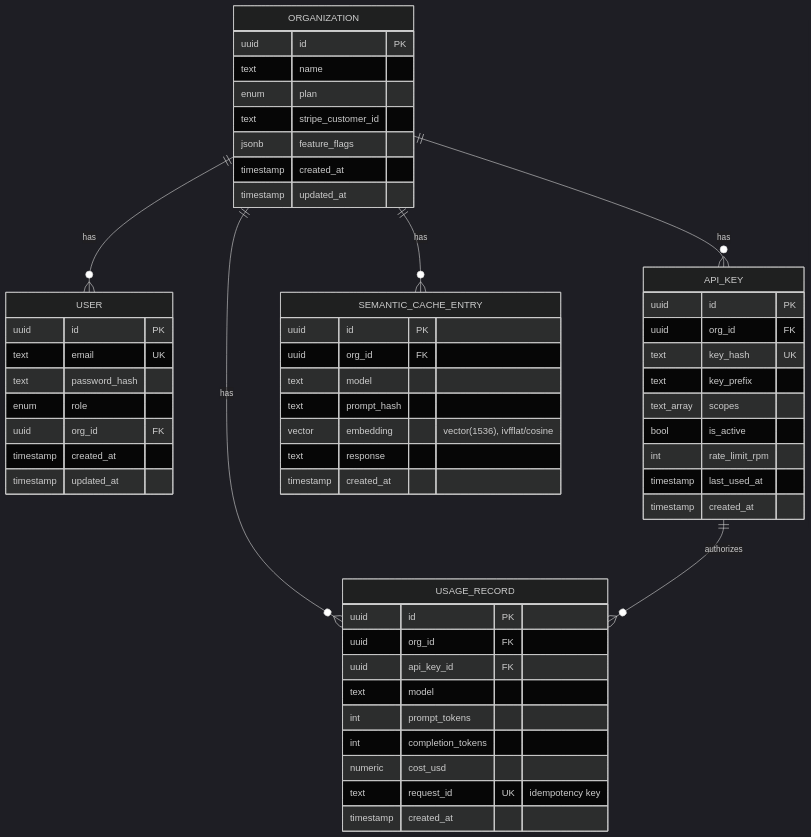
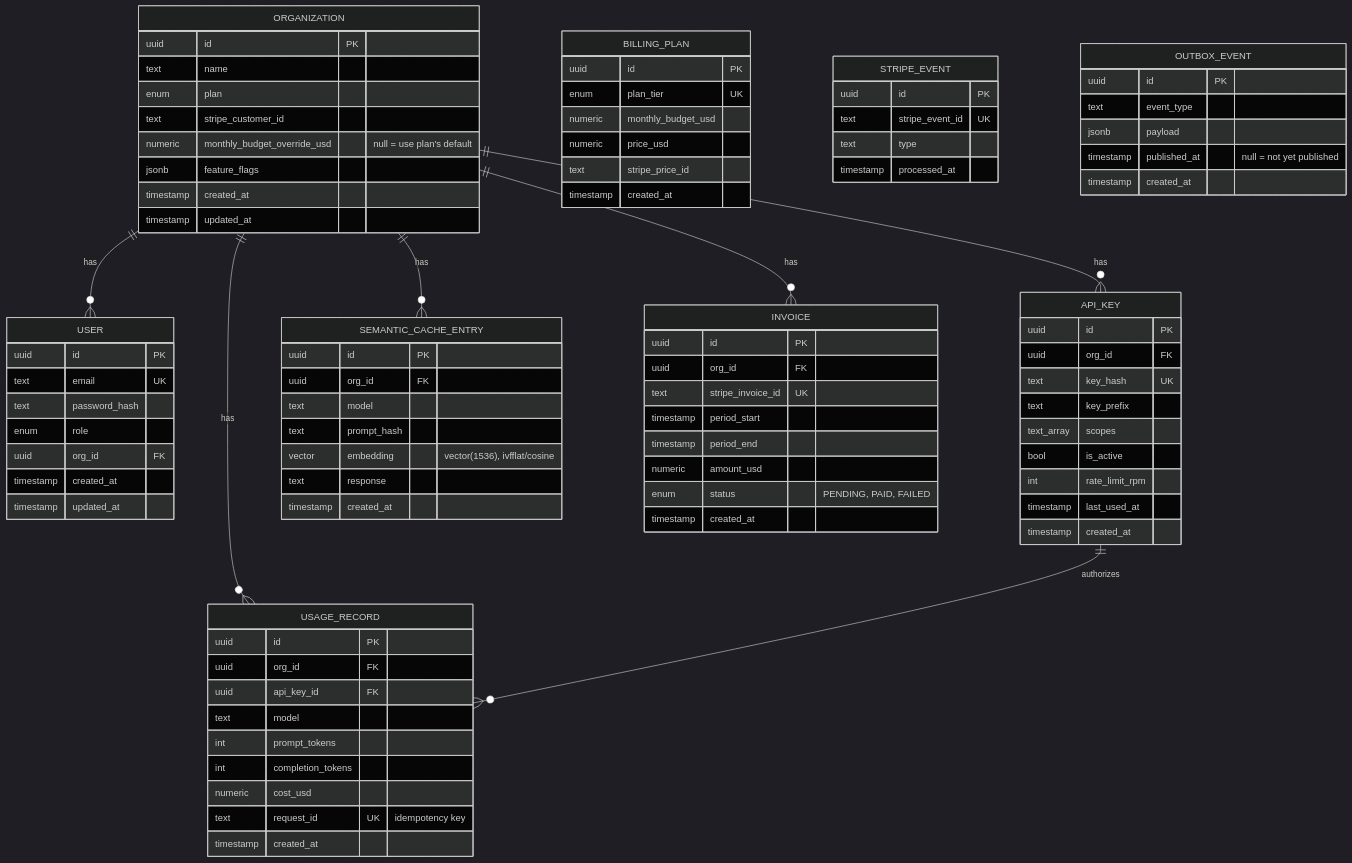
Before and after one commit to Sambit-Kumar-Mohanty-26/CloudMesh: the diagram in packages/db/ER_DIAGRAM.md, drawn with Mermaid (dark theme). The commit also changed other lines of this file and 46 other files, not shown here.

Commit message:
feat: Add billing & usage service (budget enforcement, distributed lock, outbox pattern, Stripe)

````diff
--- a/packages/db/ER_DIAGRAM.md
+++ b/packages/db/ER_DIAGRAM.md
@@ -6,6 +6,7 @@
     ORGANIZATION ||--o{ API_KEY : has
     ORGANIZATION ||--o{ USAGE_RECORD : has
     ORGANIZATION ||--o{ SEMANTIC_CACHE_ENTRY : has
+    ORGANIZATION ||--o{ INVOICE : has
     API_KEY ||--o{ USAGE_RECORD : authorizes
 
     ORGANIZATION {
@@ -13,6 +14,7 @@
         text name
         enum plan
         text stripe_customer_id
+        numeric monthly_budget_override_usd "null = use plan's default"
         jsonb feature_flags
         timestamp created_at
         timestamp updated_at
@@ -61,4 +63,39 @@
         text response
         timestamp created_at
     }
+
+    BILLING_PLAN {
+        uuid id PK
+        enum plan_tier UK
+        numeric monthly_budget_usd
+        numeric price_usd
+        text stripe_price_id
+        timestamp created_at
+    }
+
+    INVOICE {
+        uuid id PK
+        uuid org_id FK
+        text stripe_invoice_id UK
+        timestamp period_start
+        timestamp period_end
+        numeric amount_usd
+        enum status "PENDING, PAID, FAILED"
+        timestamp created_at
+    }
+
+    STRIPE_EVENT {
+        uuid id PK
+        text stripe_event_id UK
+        text type
+        timestamp processed_at
+    }
+
+    OUTBOX_EVENT {
+        uuid id PK
+        text event_type
+        jsonb payload
+        timestamp published_at "null = not yet published"
+        timestamp created_at
+    }
 ```
````
